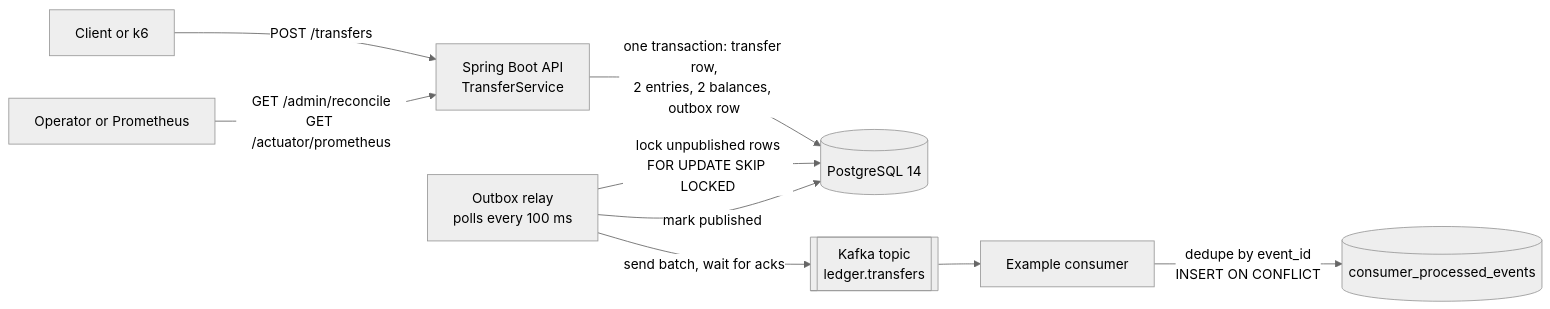
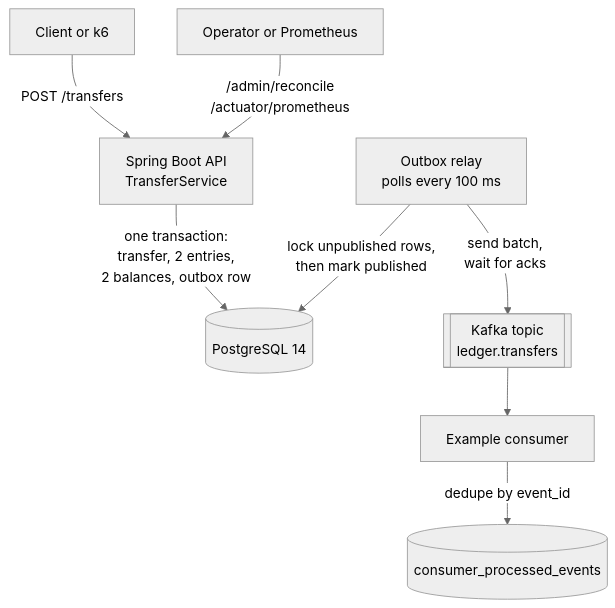
One commit to byteKumar/ledger-service changed the diagram in README.md. Above: the diagram before and after it, drawn with Mermaid (neutral theme). The commit also changed other lines of this file, not shown here.

Commit message:
Make README diagram readable

````diff
--- a/README.md
+++ b/README.md
@@ -21,11 +21,10 @@
 ```mermaid
-flowchart LR
+flowchart TD
     client["Client or k6"] -->|"POST /transfers"| api["Spring Boot API<br/>TransferService"]
-    api -->|"one transaction: transfer row,<br/>2 entries, 2 balances, outbox row"| pg[("PostgreSQL 14")]
-    relay["Outbox relay<br/>polls every 100 ms"] -->|"lock unpublished rows<br/>FOR UPDATE SKIP LOCKED"| pg
-    relay -->|"send batch, wait for acks"| kafka[["Kafka topic<br/>ledger.transfers"]]
-    relay -->|"mark published"| pg
+    ops["Operator or Prometheus"] -->|"/admin/reconcile<br/>/actuator/prometheus"| api
+    api -->|"one transaction:<br/>transfer, 2 entries,<br/>2 balances, outbox row"| pg[("PostgreSQL 14")]
+    relay["Outbox relay<br/>polls every 100 ms"] -->|"lock unpublished rows,<br/>then mark published"| pg
+    relay -->|"send batch,<br/>wait for acks"| kafka[["Kafka topic<br/>ledger.transfers"]]
     kafka --> consumer["Example consumer"]
-    consumer -->|"dedupe by event_id<br/>INSERT ON CONFLICT"| processed[("consumer_processed_events")]
-    ops["Operator or Prometheus"] -->|"GET /admin/reconcile<br/>GET /actuator/prometheus"| api
+    consumer -->|"dedupe by event_id"| processed[("consumer_processed_events")]
 ```
````
